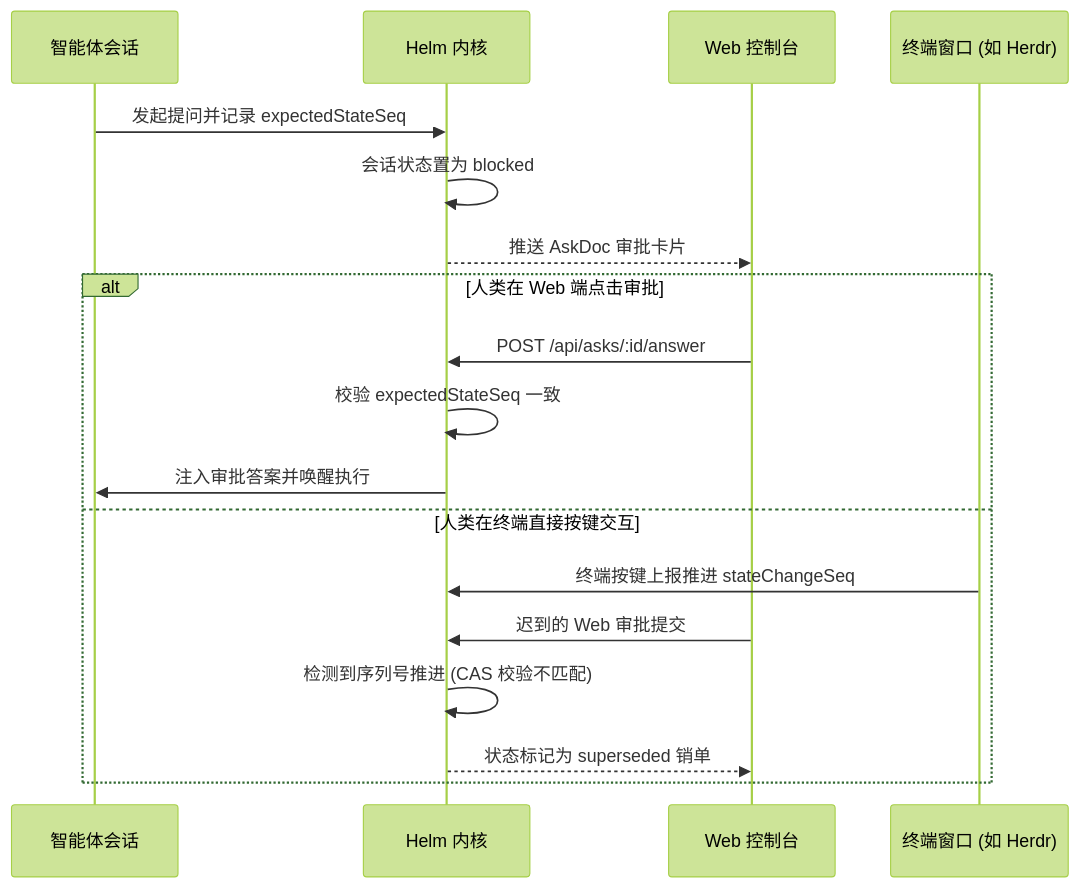
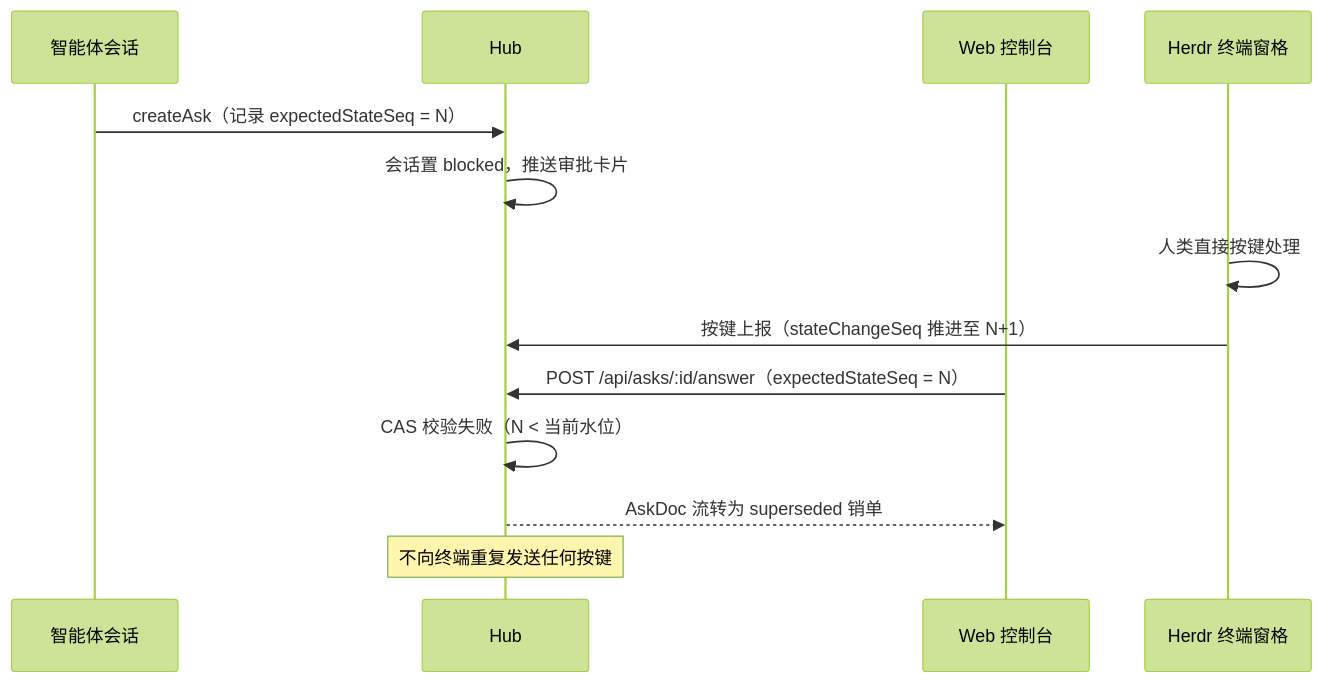
One commit to team4u/helm changed the second of 2 diagrams in docs/architecture/pi-durable.md. Above: the diagram before and after it, drawn with Mermaid (forest theme). The commit also changed other lines of this file and 67 other files, not shown here.

````diff
--- a/docs/architecture/pi-durable.md
+++ b/docs/architecture/pi-durable.md
@@ -133,21 +91,16 @@
 ```mermaid
 sequenceDiagram
     participant Agent as 智能体会话
-    participant Hub as Helm 内核
+    participant Hub as Hub
     participant Web as Web 控制台
-    participant Terminal as 终端窗口 (如 Herdr)
+    participant Terminal as Herdr 终端窗格
 
-    Agent->>Hub: 发起提问并记录 expectedStateSeq
-    Hub->>Hub: 会话状态置为 blocked
-    Hub-->>Web: 推送 AskDoc 审批卡片
-    alt 人类在 Web 端点击审批
-        Web->>Hub: POST /api/asks/:id/answer
-        Hub->>Hub: 校验 expectedStateSeq 一致
-        Hub->>Agent: 注入审批答案并唤醒执行
-    else 人类在终端直接按键交互
-        Terminal->>Hub: 终端按键上报推进 stateChangeSeq
-        Web->>Hub: 迟到的 Web 审批提交
-        Hub->>Hub: 检测到序列号推进 (CAS 校验不匹配)
-        Hub-->>Web: 状态标记为 superseded 销单
-    end
+    Agent->>Hub: createAsk（记录 expectedStateSeq = N）
+    Hub->>Hub: 会话置 blocked，推送审批卡片
+    Terminal->>Terminal: 人类直接按键处理
+    Terminal->>Hub: 按键上报（stateChangeSeq 推进至 N+1）
+    Web->>Hub: POST /api/asks/:id/answer（expectedStateSeq = N）
+    Hub->>Hub: CAS 校验失败（N < 当前水位）
+    Hub-->>Web: AskDoc 流转为 superseded 销单
+    Note over Hub: 不向终端重复发送任何按键
 ```
````
